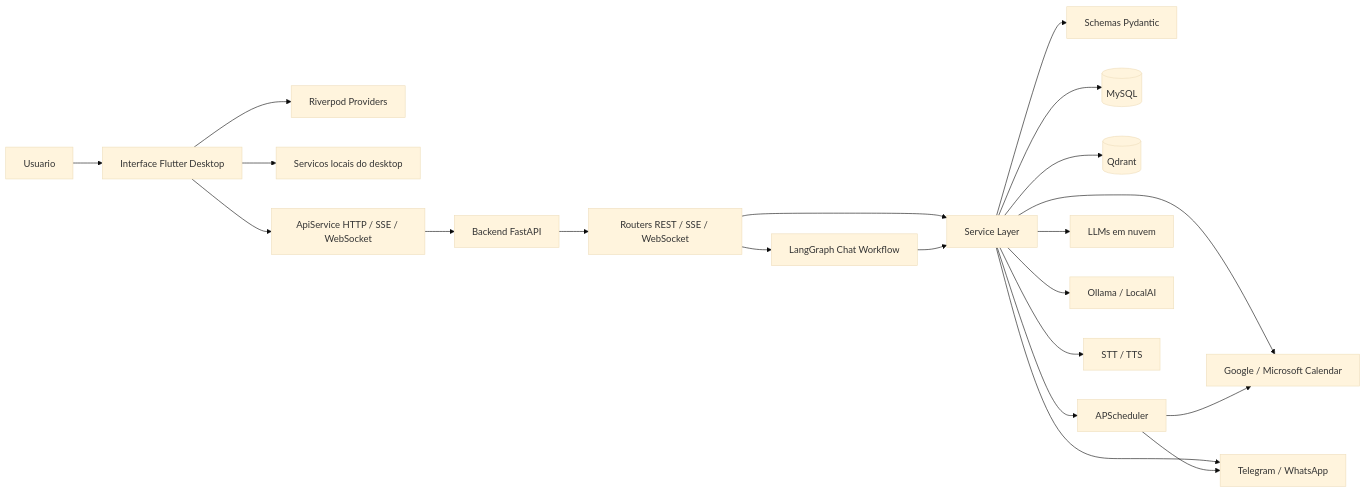
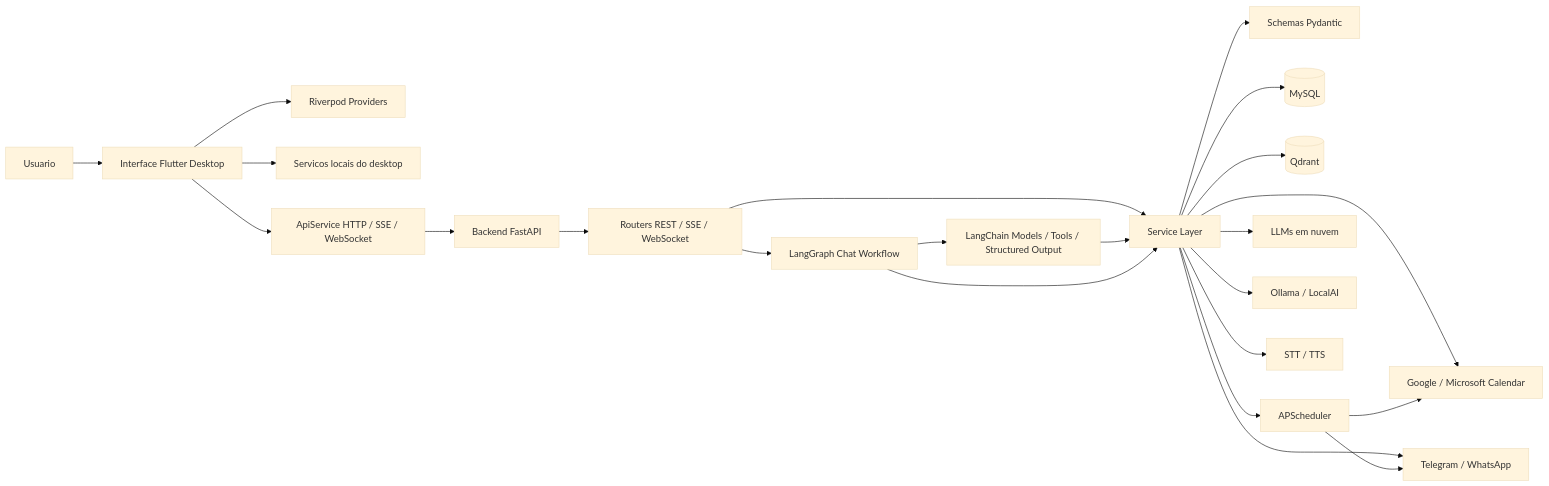
The first of 4 diagrams in README.md (m4n1nh0/assistant_app), drawn with Mermaid (base theme) before and after one commit. The commit also changed other lines of this file and 9 other files, not shown here.

````diff
--- a/README.md
+++ b/README.md
@@ -52,27 +52,29 @@
 ```mermaid
 flowchart LR
     User[Usuario] --> UI[Interface Flutter Desktop]
 
     UI --> State[Riverpod Providers]
     UI --> LocalServices[Servicos locais do desktop]
     UI --> ApiClient[ApiService HTTP / SSE / WebSocket]
 
     ApiClient --> FastAPI[Backend FastAPI]
 
     FastAPI --> Routers[Routers REST / SSE / WebSocket]
     Routers --> ChatGraph[LangGraph Chat Workflow]
     Routers --> Services[Service Layer]
+    ChatGraph --> AgentLayer[LangChain Models / Tools / Structured Output]
+    AgentLayer --> Services
     ChatGraph --> Services
     Services --> Models[Schemas Pydantic]
     Services --> DB[(MySQL)]
     Services --> Vector[(Qdrant)]
     Services --> Scheduler[APScheduler]
     Services --> LLMs[LLMs em nuvem]
     Services --> Ollama[Ollama / LocalAI]
     Services --> Calendar[Google / Microsoft Calendar]
     Services --> Notify[Telegram / WhatsApp]
     Services --> Voice[STT / TTS]
 
     Scheduler --> Calendar
     Scheduler --> Notify
 ```
````
